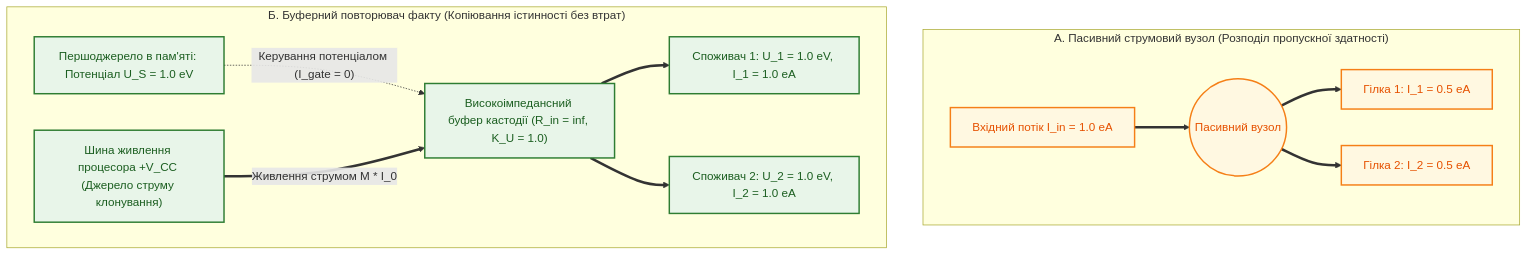
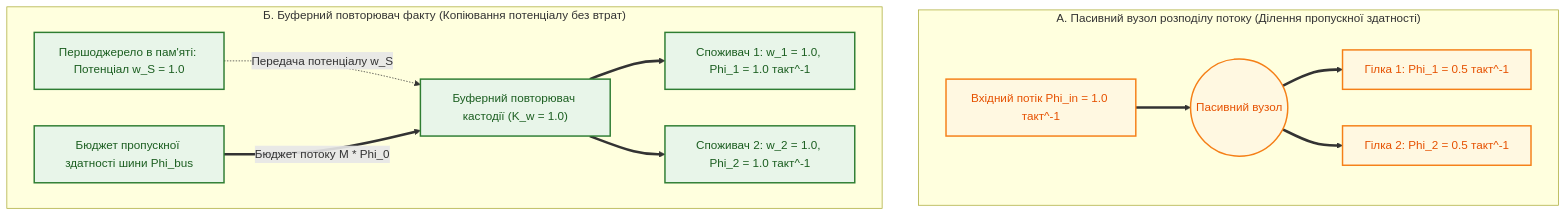
Before and after one commit to nick-fedchik/articles: the diagram in Epistemic_Circuit_Theory/ch09-scientific-critique-and-applicability-limits.md, drawn with Mermaid. The commit also changed other lines of this file and 10 other files, not shown here.

````diff
--- a/Epistemic_Circuit_Theory/ch09-scientific-critique-and-applicability-limits.md
+++ b/Epistemic_Circuit_Theory/ch09-scientific-critique-and-applicability-limits.md
@@ -64,32 +62,32 @@
 ```mermaid
 flowchart TD
-    accTitle: Розв'язання парадоксу розгалуження (Fan-out Paradox) в ТЕЛ
-    accDescr: Порівняння пасивного струмового вузла (де ділиться пропускна здатність каналу) та активного потенціального повторювача (де копіюється напруга U_ep = 1.0 eV без втрат за рахунок шини живлення +V_CC).
+    accTitle: Рисунок 9.1. Розв'язання парадоксу розгалуження (Fan-out Paradox) в ТЕОС
+    accDescr: Порівняння пасивного вузла розподілу пропускної здатності каналу та буферного повторювача потенціалу факту, де копіюється потенціал достовірності w = 1.0 без втрат за рахунок бюджету транзакцій шини пам'яті Phi_bus.
 
-    subgraph Passive ["А. Пасивний струмовий вузол (Розподіл пропускної здатності)"]
-        InP["Вхідний потік I_in = 1.0 eA"]
+    subgraph Passive ["А. Пасивний вузол розподілу потоку (Ділення пропускної здатності)"]
+        InP["Вхідний потік Phi_in = 1.0 такт^-1"]
         NodeP(("Пасивний вузол"))
-        OutP1["Гілка 1: I_1 = 0.5 eA"]
-        OutP2["Гілка 2: I_2 = 0.5 eA"]
+        OutP1["Гілка 1: Phi_1 = 0.5 такт^-1"]
+        OutP2["Гілка 2: Phi_2 = 0.5 такт^-1"]
         InP ==> NodeP
         NodeP ==> OutP1
         NodeP ==> OutP2
     end
 
-    subgraph Active ["Б. Буферний повторювач факту (Копіювання істинності без втрат)"]
-        Fact["Першоджерело в пам'яті: Потенціал U_S = 1.0 eV"]
-        VCC["Шина живлення процесора +V_CC (Джерело струму клонування)"]
-        Buf["Високоімпедансний буфер кастодії (R_in = inf, K_U = 1.0)"]
-        Clone1["Споживач 1: U_1 = 1.0 eV, I_1 = 1.0 eA"]
-        Clone2["Споживач 2: U_2 = 1.0 eV, I_2 = 1.0 eA"]
-        Fact -.->|"Керування потенціалом (I_gate = 0)"| Buf
-        VCC ==>|"Живлення струмом M * I_0"| Buf
+    subgraph Active ["Б. Буферний повторювач факту (Копіювання потенціалу без втрат)"]
+        Fact["Першоджерело в пам'яті: Потенціал w_S = 1.0"]
+        VCC["Бюджет пропускної здатності шини Phi_bus"]
+        Buf["Буферний повторювач кастодії (K_w = 1.0)"]
+        Clone1["Споживач 1: w_1 = 1.0, Phi_1 = 1.0 такт^-1"]
+        Clone2["Споживач 2: w_2 = 1.0, Phi_2 = 1.0 такт^-1"]
+        Fact -.->|"Передача потенціалу w_S"| Buf
+        VCC ==>|"Бюджет потоку M * Phi_0"| Buf
         Buf ==> Clone1
         Buf ==> Clone2
     end
 
     classDef pass fill:#fff8e1,stroke:#f57f17,stroke-width:2px,color:#e65100;
     classDef act fill:#e8f5e9,stroke:#2e7d32,stroke-width:2px,color:#1b5e20;
     class InP,NodeP,OutP1,OutP2 pass;
     class Fact,VCC,Buf,Clone1,Clone2 act;
 ```
````
